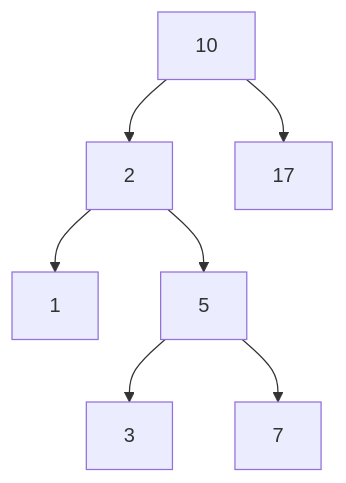
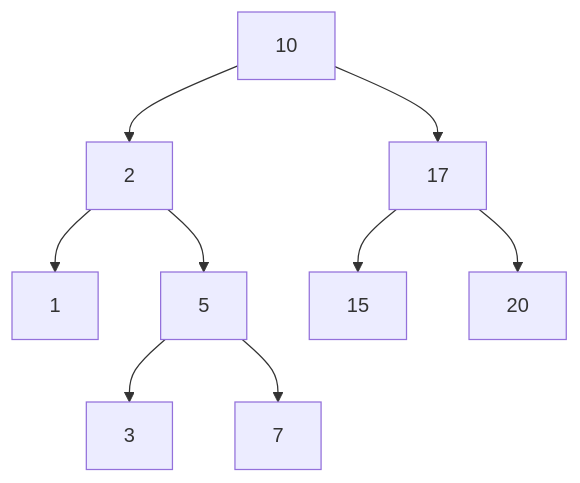
One commit to vanessacezarn/3_Semestre changed the diagram in Estrutura de Dados/aula_15 06.06 - arvore/aula.md. Above: the diagram before and after it, drawn with Mermaid.

````diff
--- a/Estrutura de Dados/aula_15 06.06 - arvore/aula.md
+++ b/Estrutura de Dados/aula_15 06.06 - arvore/aula.md
@@ -7,9 +7,11 @@
  ```mermaid
 graph TD;
     10-->17;
+    17-->15;
+    17-->20;
     10-->2;
     2-->1;
     2-->5;
     5-->3;
     5-->7;
 ```
````
